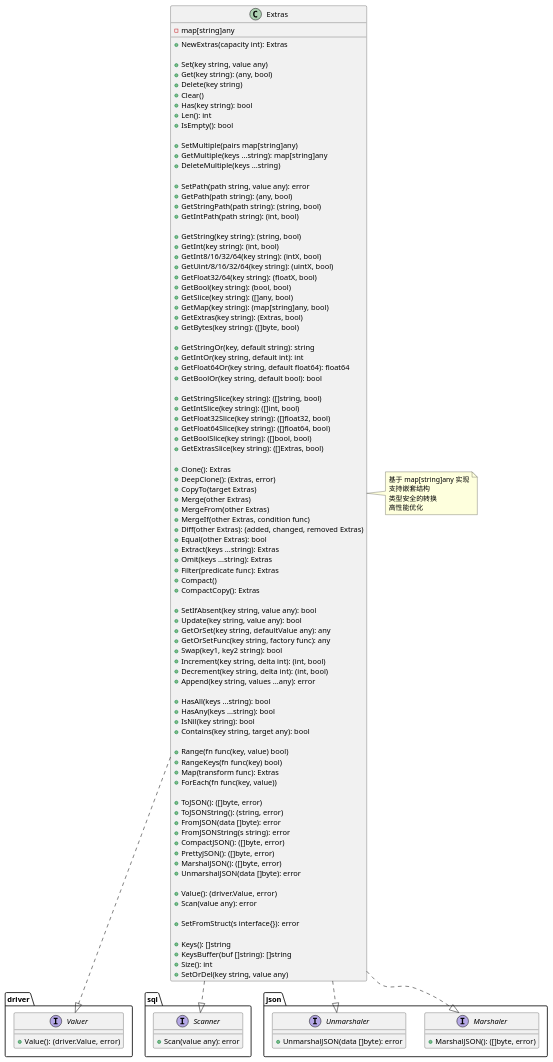
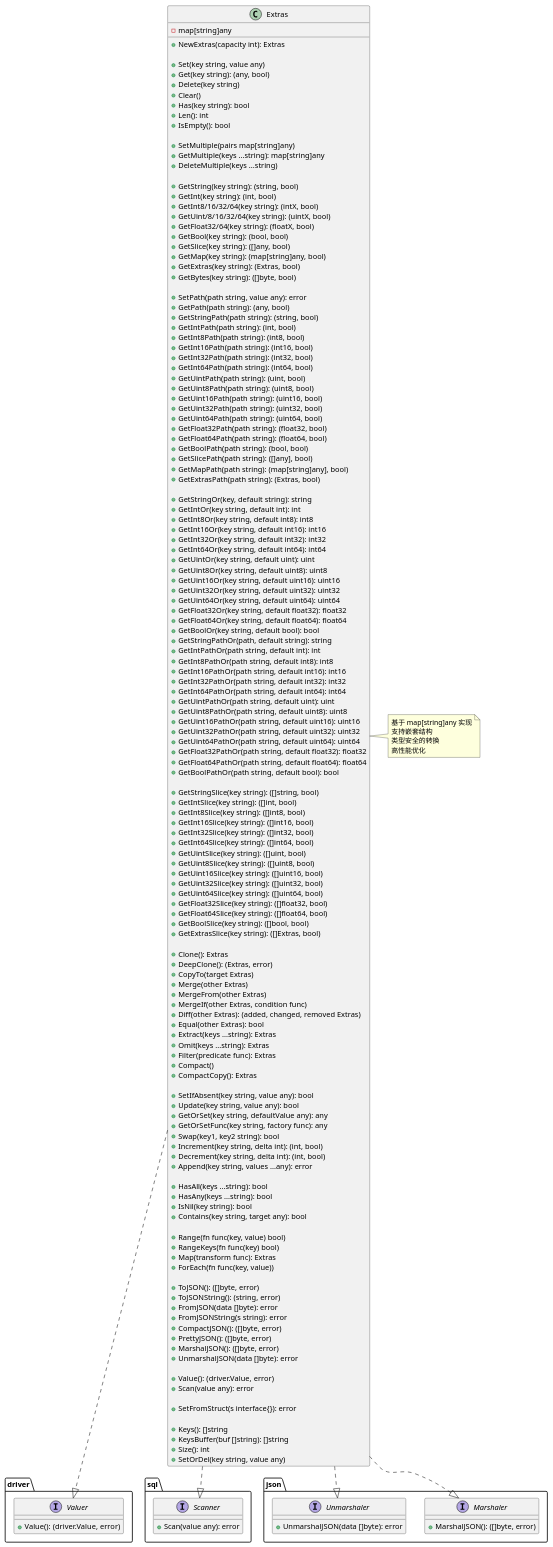
The diagram in pkg/types/EXTRAS_README.md (jiangzhiguo1992/katydid-common-account), drawn with PlantUML before and after one commit. The commit also changed 1 other file, not shown here.

```diff
--- a/pkg/types/EXTRAS_README.md
+++ b/pkg/types/EXTRAS_README.md
@@ -96,12 +96,6 @@
   + GetMultiple(keys ...string): map[string]any
   + DeleteMultiple(keys ...string)
   
-  ' 路径操作
-  + SetPath(path string, value any): error
-  + GetPath(path string): (any, bool)
-  + GetStringPath(path string): (string, bool)
-  + GetIntPath(path string): (int, bool)
-  
   ' 类型转换
   + GetString(key string): (string, bool)
   + GetInt(key string): (int, bool)
@@ -114,15 +108,69 @@
   + GetExtras(key string): (Extras, bool)
   + GetBytes(key string): ([]byte, bool)
   
+  ' 路径操作
+  + SetPath(path string, value any): error
+  + GetPath(path string): (any, bool)
+  + GetStringPath(path string): (string, bool)
+  + GetIntPath(path string): (int, bool)
+  + GetInt8Path(path string): (int8, bool)
+  + GetInt16Path(path string): (int16, bool)
+  + GetInt32Path(path string): (int32, bool)
+  + GetInt64Path(path string): (int64, bool)
+  + GetUintPath(path string): (uint, bool)
+  + GetUint8Path(path string): (uint8, bool)
+  + GetUint16Path(path string): (uint16, bool)
+  + GetUint32Path(path string): (uint32, bool)
+  + GetUint64Path(path string): (uint64, bool)
+  + GetFloat32Path(path string): (float32, bool)
+  + GetFloat64Path(path string): (float64, bool)
+  + GetBoolPath(path string): (bool, bool)
+  + GetSlicePath(path string): ([]any], bool)
+  + GetMapPath(path string): (map[string]any], bool)
+  + GetExtrasPath(path string): (Extras, bool)
+  
   ' 默认值方法
   + GetStringOr(key, default string): string
   + GetIntOr(key string, default int): int
+  + GetInt8Or(key string, default int8): int8
+  + GetInt16Or(key string, default int16): int16
+  + GetInt32Or(key string, default int32): int32
+  + GetInt64Or(key string, default int64): int64
+  + GetUintOr(key string, default uint): uint
+  + GetUint8Or(key string, default uint8): uint8
+  + GetUint16Or(key string, default uint16): uint16
+  + GetUint32Or(key string, default uint32): uint32
+  + GetUint64Or(key string, default uint64): uint64
+  + GetFloat32Or(key string, default float32): float32
   + GetFloat64Or(key string, default float64): float64
   + GetBoolOr(key string, default bool): bool
+  + GetStringPathOr(path, default string): string
+  + GetIntPathOr(path string, default int): int
+  + GetInt8PathOr(path string, default int8): int8
+  + GetInt16PathOr(path string, default int16): int16
+  + GetInt32PathOr(path string, default int32): int32
+  + GetInt64PathOr(path string, default int64): int64
+  + GetUintPathOr(path string, default uint): uint
+  + GetUint8PathOr(path string, default uint8): uint8
+  + GetUint16PathOr(path string, default uint16): uint16
+  + GetUint32PathOr(path string, default uint32): uint32
+  + GetUint64PathOr(path string, default uint64): uint64
+  + GetFloat32PathOr(path string, default float32): float32
+  + GetFloat64PathOr(path string, default float64): float64
+  + GetBoolPathOr(path string, default bool): bool
   
   ' 切片类型
   + GetStringSlice(key string): ([]string, bool)
   + GetIntSlice(key string): ([]int, bool)
+  + GetInt8Slice(key string): ([]int8, bool)
+  + GetInt16Slice(key string): ([]int16, bool)
+  + GetInt32Slice(key string): ([]int32, bool)
+  + GetInt64Slice(key string): ([]int64, bool)
+  + GetUintSlice(key string): ([]uint, bool)
+  + GetUint8Slice(key string): ([]uint8, bool)
+  + GetUint16Slice(key string): ([]uint16, bool)
+  + GetUint32Slice(key string): ([]uint32, bool)
+  + GetUint64Slice(key string): ([]uint64, bool)
   + GetFloat32Slice(key string): ([]float32, bool)
   + GetFloat64Slice(key string): ([]float64, bool)
   + GetBoolSlice(key string): ([]bool, bool)
```
